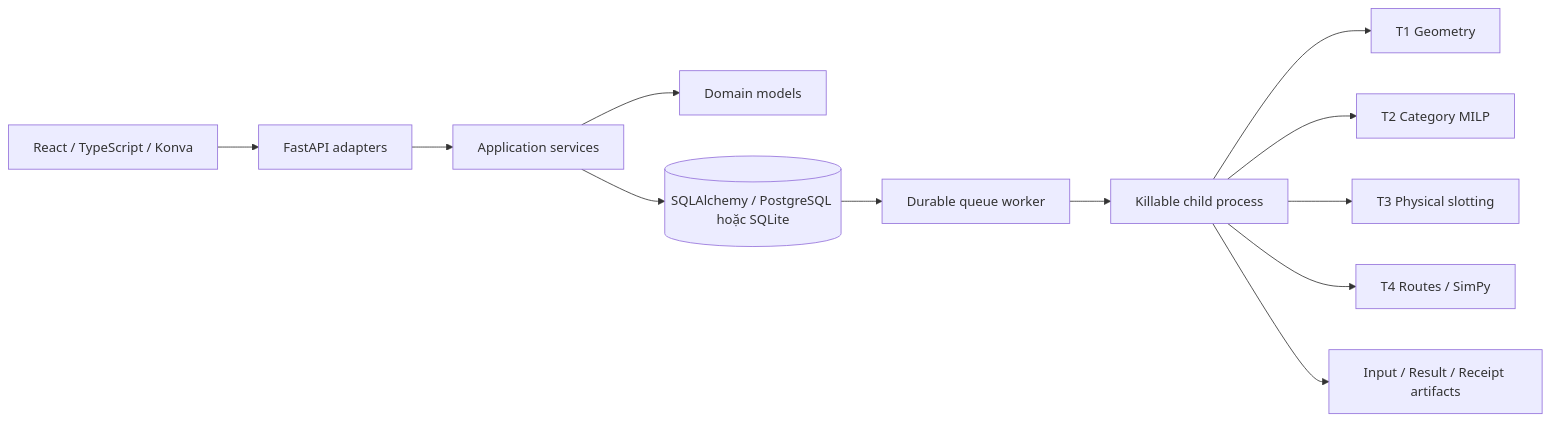
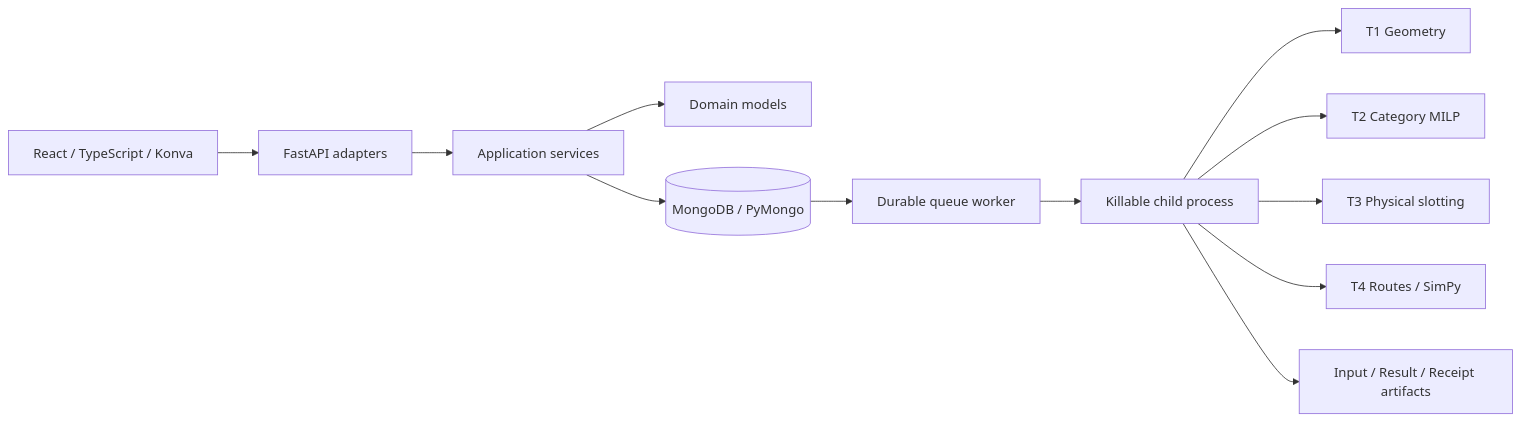
Before and after one commit to THANHTAI2004/Smart_Retail_Floor_Allocation: the diagram in docs/architecture/overview.md, drawn with Mermaid. The commit also changed 276 other files, not shown here.

````diff
--- a/docs/architecture/overview.md
+++ b/docs/architecture/overview.md
@@ -6,14 +6,14 @@
 ```mermaid
 flowchart LR
     React[React / TypeScript / Konva] --> API[FastAPI adapters]
     API --> App[Application services]
     App --> Domain[Domain models]
-    App --> DB[(SQLAlchemy / PostgreSQL hoặc SQLite)]
+    App --> DB[(MongoDB / PyMongo)]
     DB --> Worker[Durable queue worker]
     Worker --> Child[Killable child process]
     Child --> T1[T1 Geometry]
     Child --> T2[T2 Category MILP]
     Child --> T3[T3 Physical slotting]
     Child --> T4[T4 Routes / SimPy]
     Child --> Artifacts[Input / Result / Receipt artifacts]
 ```
````
